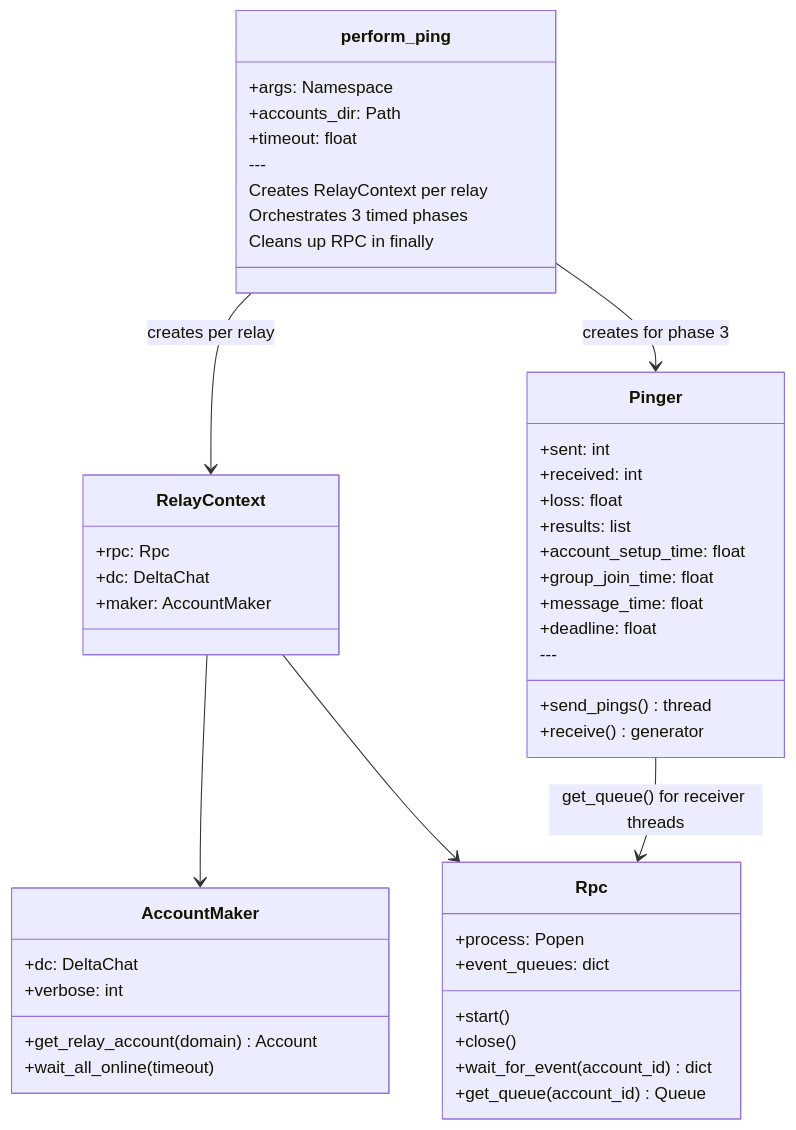
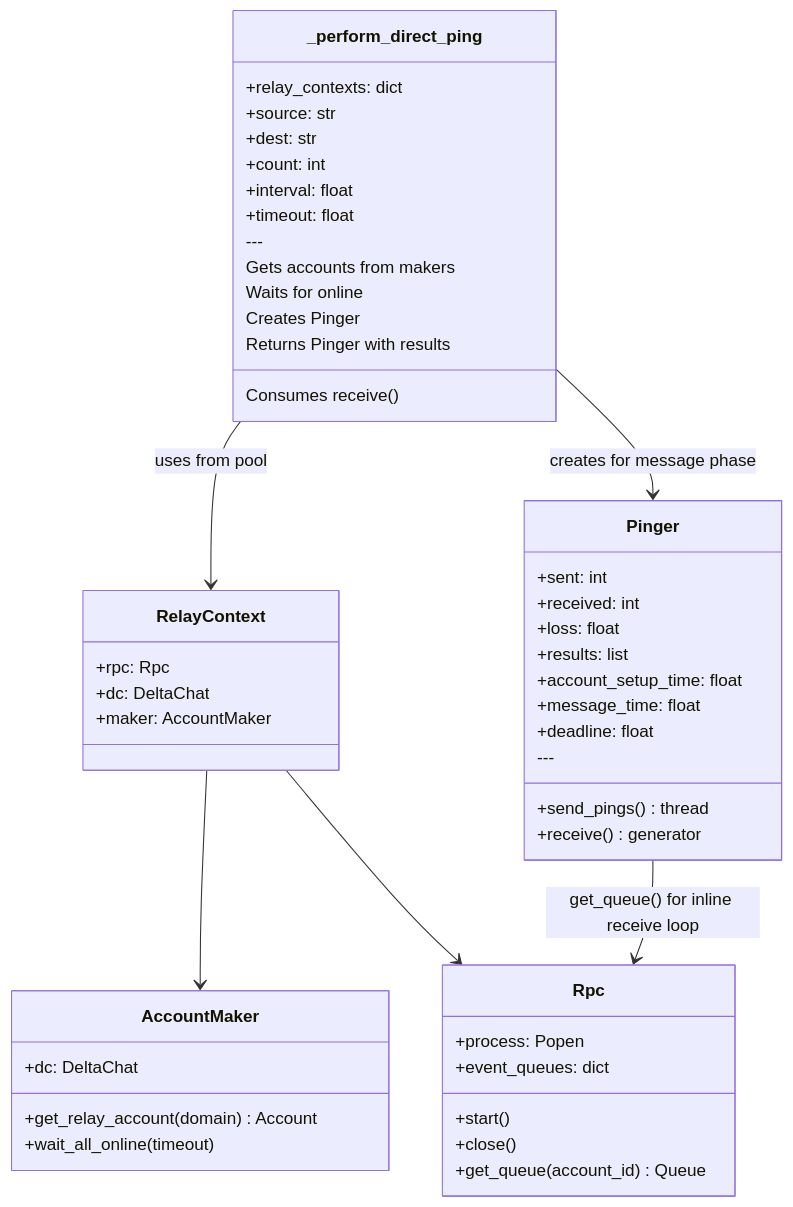
The eighth of 9 diagrams in TECHNICAL.md (j4n/chatmail-prober), drawn with Mermaid before and after one commit. The commit also changed other lines of this file and 10 other files, not shown here.

First line of the commit message:
Vendor cmping direct-ping logic into chatmail_prober.prober

````diff
--- a/TECHNICAL.md
+++ b/TECHNICAL.md
@@ -487,54 +482,56 @@
 ```mermaid
 classDiagram
-    class perform_ping {
-        +args: Namespace
-        +accounts_dir: Path
+    class _perform_direct_ping {
+        +relay_contexts: dict
+        +source: str
+        +dest: str
+        +count: int
+        +interval: float
         +timeout: float
         ---
-        Creates RelayContext per relay
-        Orchestrates 3 timed phases
-        Cleans up RPC in finally
+        Gets accounts from makers
+        Waits for online
+        Creates Pinger
+        Consumes receive()
+        Returns Pinger with results
     }
 
     class RelayContext {
         +rpc: Rpc
         +dc: DeltaChat
         +maker: AccountMaker
     }
 
     class AccountMaker {
         +dc: DeltaChat
-        +verbose: int
         +get_relay_account(domain) Account
         +wait_all_online(timeout)
     }
 
     class Pinger {
         +sent: int
         +received: int
         +loss: float
         +results: list
         +account_setup_time: float
-        +group_join_time: float
         +message_time: float
         +deadline: float
         ---
         +send_pings() thread
         +receive() generator
     }
 
     class Rpc {
         +process: Popen
         +event_queues: dict
         +start()
         +close()
-        +wait_for_event(account_id) dict
         +get_queue(account_id) Queue
     }
 
-    perform_ping --> RelayContext : creates per relay
+    _perform_direct_ping --> RelayContext : uses from pool
     RelayContext --> AccountMaker
     RelayContext --> Rpc
-    perform_ping --> Pinger : creates for phase 3
-    Pinger --> Rpc : get_queue() for receiver threads
+    _perform_direct_ping --> Pinger : creates for message phase
+    Pinger --> Rpc : get_queue() for inline receive loop
 ```
````
